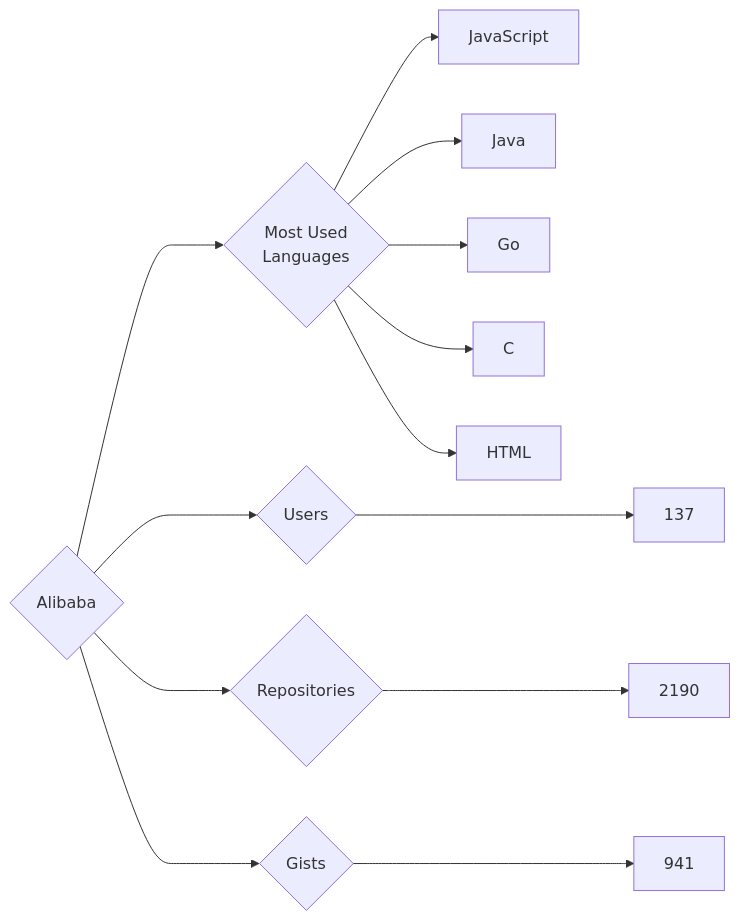
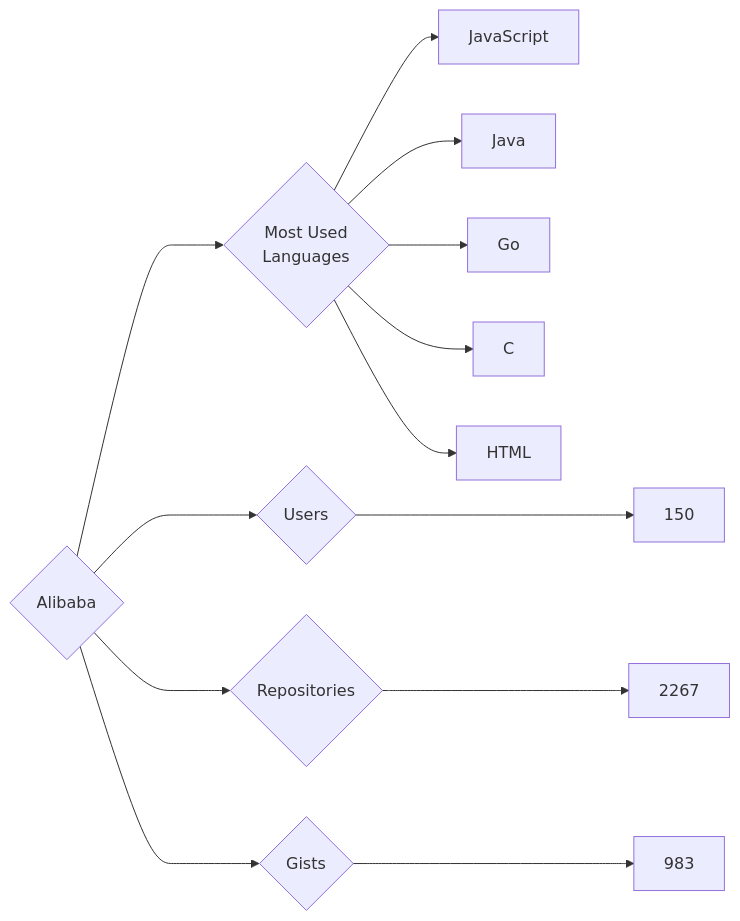
Before and after one commit to trickest/insiders: the diagram in targets/Alibaba/README.md, drawn with Mermaid. The commit also changed 723 other files, not shown here.

````diff
--- a/targets/Alibaba/README.md
+++ b/targets/Alibaba/README.md
@@ -3,13 +3,13 @@
 ```mermaid
 graph LR
 COMPANY_NAME{Alibaba}
-COMPANY_NAME ---> U{Users} ---> UN[137]
-COMPANY_NAME ---> R{Repositories} ---> RN[2190]
-COMPANY_NAME ---> G{Gists} ---> GN[941]
+COMPANY_NAME ---> U{Users} ---> UN[150]
+COMPANY_NAME ---> R{Repositories} ---> RN[2267]
+COMPANY_NAME ---> G{Gists} ---> GN[983]
 COMPANY_NAME ---> ML{Most Used<br>Languages}
 ML --> JavaScript[JavaScript]
 ML --> Java[Java]
 ML --> Go[Go]
 ML --> C[C]
 ML --> HTML[HTML]
 ```
````
